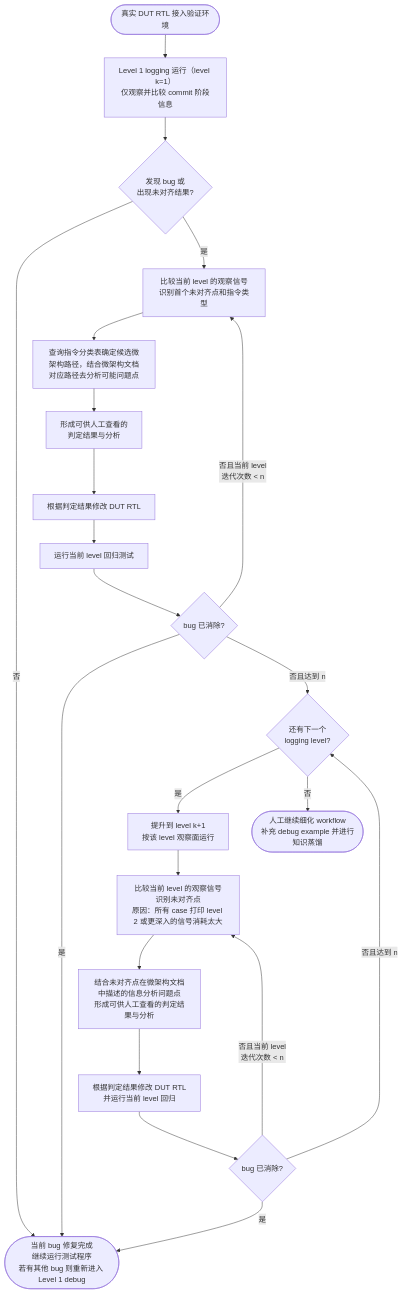
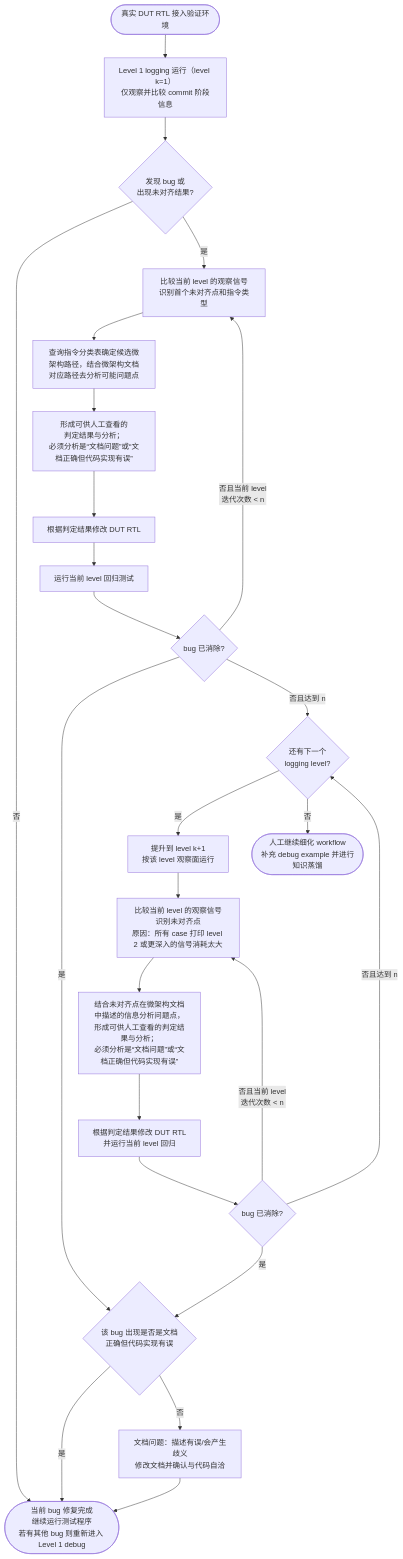
One commit to ssknight88/openrios changed the diagram in verification/orbe_bt_env/docs/Arch/RTL_debug_flow_and_rule.md. Above: the diagram before and after it, drawn with Mermaid. The commit also changed other lines of this file, not shown here.

Commit message:
Updated RTL debug flow and rule for 2-level cosim, specified modify microarch docs if detected doc issue

````diff
--- a/verification/orbe_bt_env/docs/Arch/RTL_debug_flow_and_rule.md
+++ b/verification/orbe_bt_env/docs/Arch/RTL_debug_flow_and_rule.md
@@ -7,24 +7,27 @@
 ```mermaid
 flowchart TD
     START([真实 DUT RTL 接入验证环境]) --> L1[Level 1 logging 运行（level k=1）<br/>仅观察并比较 commit 阶段信息]
     L1 --> BUG{发现 bug 或<br/>出现未对齐结果?}
     BUG -->|否| DONE([当前 bug 修复完成<br/>继续运行测试程序<br/>若有其他 bug 则重新进入 Level 1 debug])
     BUG -->|是| OBS[比较当前 level 的观察信号<br/>识别首个未对齐点和指令类型]
     OBS --> PATH[查询指令分类表确定候选微架构路径，结合微架构文档对应路径去分析可能问题点]
-    PATH --> JUDGE[形成可供人工查看的<br/>判定结果与分析]
+    PATH --> JUDGE[形成可供人工查看的<br/>判定结果与分析；<br/>必须分析是“文档问题”或“文档正确但代码实现有误”]
     JUDGE --> MODIFY[根据判定结果修改 DUT RTL]
     MODIFY --> RETEST[运行当前 level 回归测试]
     RETEST --> FIXED{bug 已消除?}
-    FIXED -->|是| DONE
+    FIXED -->|是| IMPLISSUE{该 bug 出现是否是文档<br/>正确但代码实现有误}
+    IMPLISSUE -->|是| DONE
+    IMPLISSUE -->|否| DOCISSUE[文档问题：描述有误/会产生歧义<br/>修改文档并确认与代码自洽]
+    DOCISSUE --> DONE
     FIXED -->|否且当前 level<br/>迭代次数 < n| OBS
     FIXED -->|否且达到 n| NEXT{还有下一个<br/>logging level?}
     NEXT -->|是| RUNNEXT[提升到 level k+1<br/>按该 level 观察面运行]
     RUNNEXT --> OBSN[比较当前 level 的观察信号<br/>识别未对齐点<br/>原因：所有 case 打印 level 2 或更深入的信号消耗太大]
-    OBSN --> PATHN[结合未对齐点在微架构文档中描述的信息分析问题点<br/>形成可供人工查看的判定结果与分析]
+    OBSN --> PATHN[结合未对齐点在微架构文档中描述的信息分析问题点，形成可供人工查看的判定结果与分析；<br/>必须分析是“文档问题”或“文档正确但代码实现有误”]
     PATHN --> MODN[根据判定结果修改 DUT RTL<br/>并运行当前 level 回归]
     MODN --> FIXN{bug 已消除?}
-    FIXN -->|是| DONE
+    FIXN -->|是| IMPLISSUE
     FIXN -->|否且当前 level<br/>迭代次数 < n| OBSN
     FIXN -->|否且达到 n| NEXT
     NEXT -->|否| HUMAN([人工继续细化 workflow<br/>补充 debug example 并进行知识蒸馏])
 ```
````
